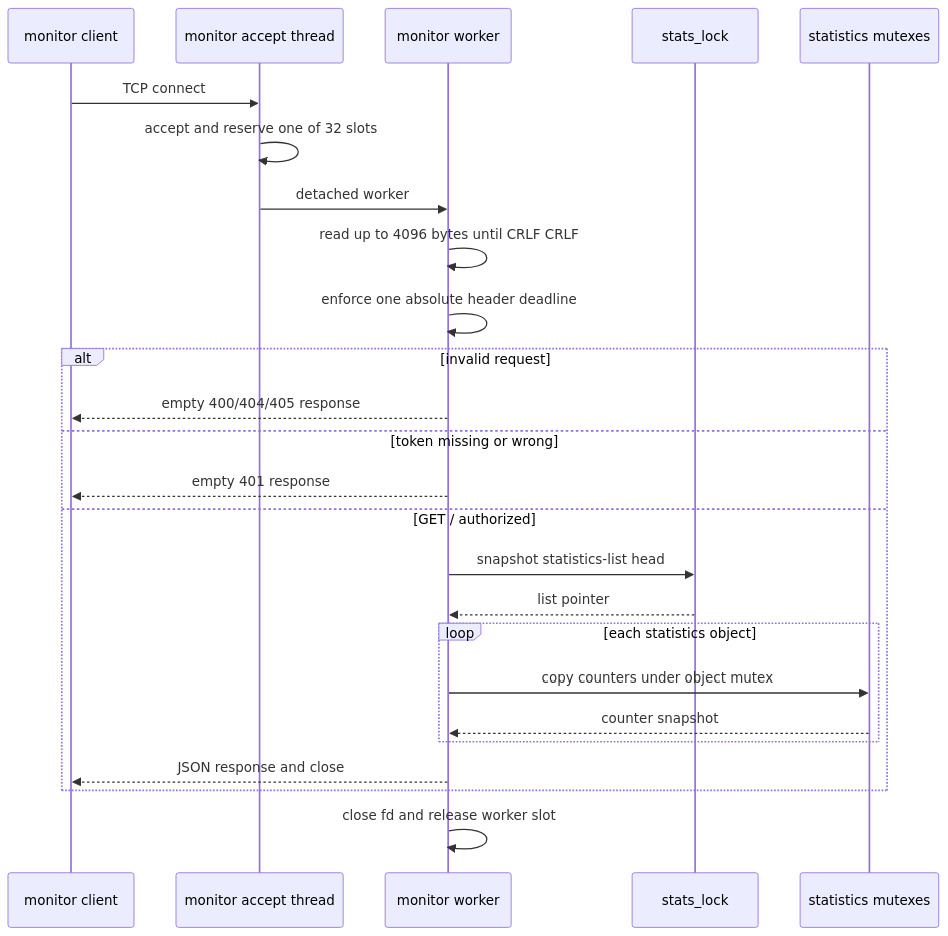
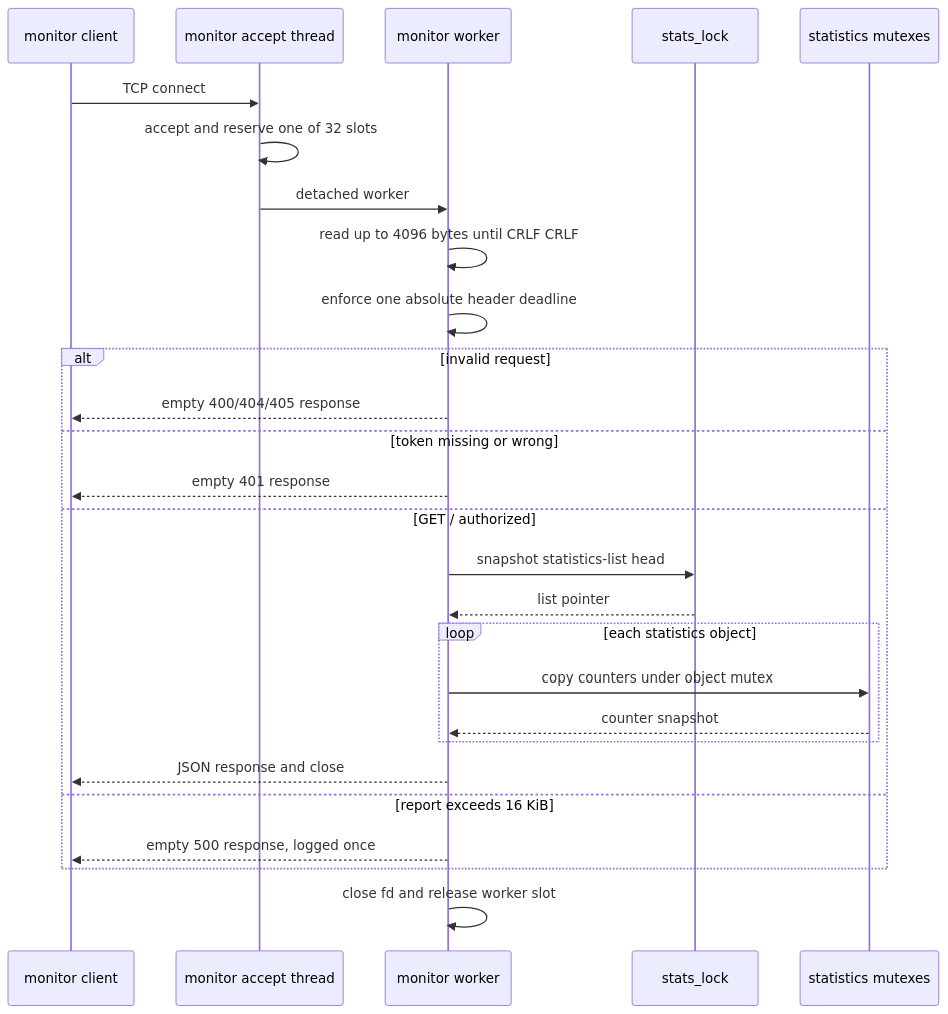
The eighth of 11 diagrams in ARCHITECTURE.md (0x7a657573/zroxy), drawn with Mermaid before and after one commit. The commit also changed other lines of this file and 7 other files, not shown here.

````diff
--- a/ARCHITECTURE.md
+++ b/ARCHITECTURE.md
@@ -724,28 +724,30 @@
 ```mermaid
 sequenceDiagram
     participant C as monitor client
     participant A as monitor accept thread
     participant W as monitor worker
     participant L as stats_lock
     participant S as statistics mutexes
 
     C->>A: TCP connect
     A->>A: accept and reserve one of 32 slots
     A->>W: detached worker
     W->>W: read up to 4096 bytes until CRLF CRLF
     W->>W: enforce one absolute header deadline
     alt invalid request
         W-->>C: empty 400/404/405 response
     else token missing or wrong
         W-->>C: empty 401 response
     else GET / authorized
         W->>L: snapshot statistics-list head
         L-->>W: list pointer
         loop each statistics object
             W->>S: copy counters under object mutex
             S-->>W: counter snapshot
         end
         W-->>C: JSON response and close
+    else report exceeds 16 KiB
+        W-->>C: empty 500 response, logged once
     end
     W->>W: close fd and release worker slot
 ```
````
